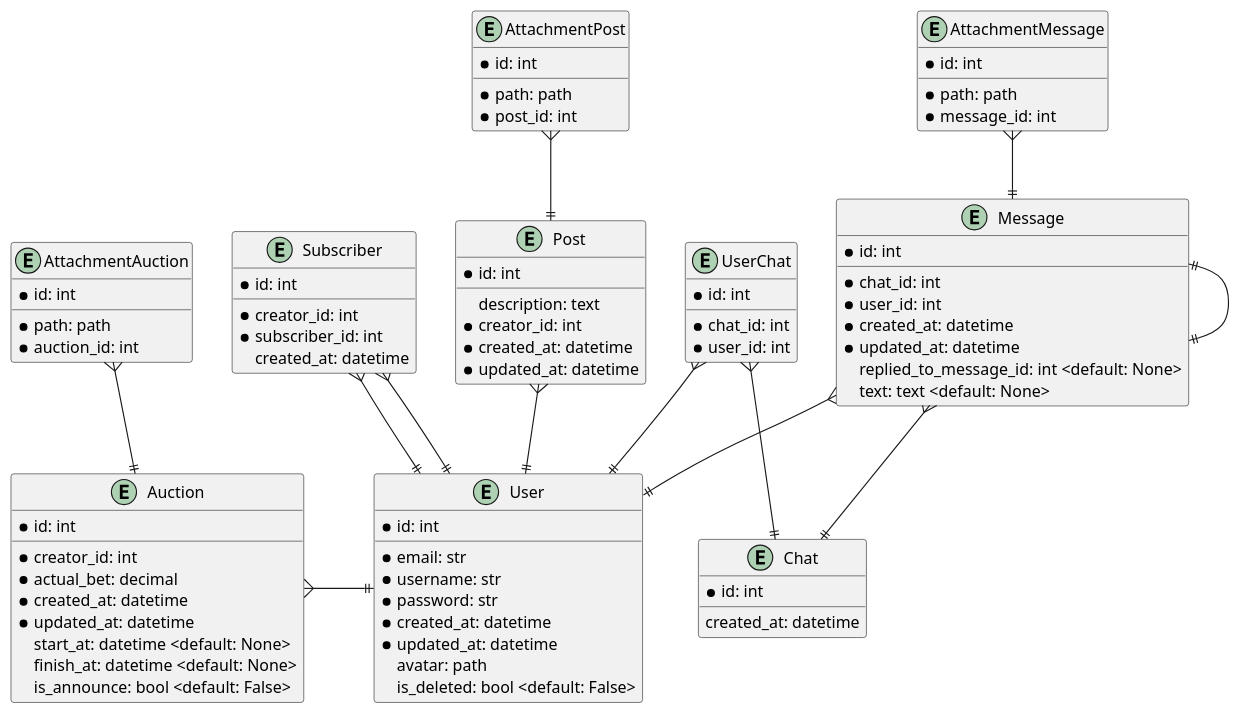
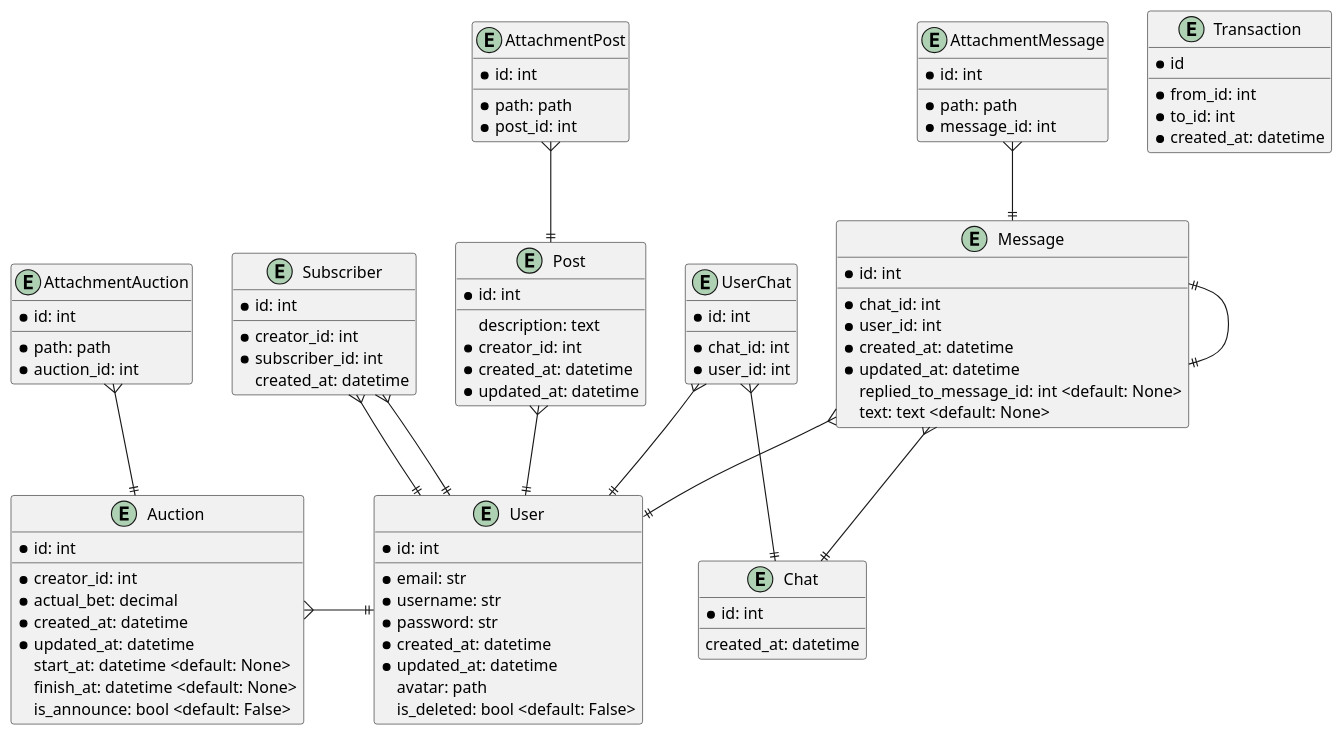
One commit to Timur-Gizatullin/WeDraw changed the diagram in docs/er_diagrams/er_diagram_v1.puml. Above: the diagram before and after it, drawn with PlantUML.

Commit message:
! update er diagram doc

```diff
--- a/docs/er_diagrams/er_diagram_v1.puml
+++ b/docs/er_diagrams/er_diagram_v1.puml
@@ -1,105 +1,113 @@
 @startuml
 entity User{
 *id: int
 __
 *email: str
 *username: str
 *password: str
 *created_at: datetime
 *updated_at: datetime
 avatar: path
 is_deleted: bool <default: False>
 }
 
 entity Post{
 *id: int
 __
 description: text
 *creator_id: int
 *created_at: datetime
 *updated_at: datetime
 }
 
 entity Chat{
 *id: int
 __
 created_at: datetime
 }
 
 entity Message{
 *id: int
 __
 *chat_id: int
 *user_id: int
 *created_at: datetime
 *updated_at: datetime
 replied_to_message_id: int <default: None>
 text: text <default: None>
 }
 
 entity AttachmentPost{
 *id: int
 __
 *path: path
 *post_id: int
 }
 
 entity AttachmentMessage{
 *id: int
 __
 *path: path
 *message_id: int
 }
 
 entity AttachmentAuction{
 *id: int
 __
 *path: path
 *auction_id: int
 }
 
 entity Subscriber{
 *id: int
 __
 *creator_id: int
 *subscriber_id: int
 created_at: datetime
 }
 
 entity Auction{
 *id: int
 __
 *creator_id: int
 *actual_bet: decimal
 *created_at: datetime
 *updated_at: datetime
 start_at: datetime <default: None>
 finish_at: datetime <default: None>
 is_announce: bool <default: False>
 }
 
 entity UserChat{
 *id: int
 __
 *chat_id: int
 *user_id: int
 }
 
+entity Transaction {
+*id
+__
+*from_id: int
+*to_id: int
+*created_at: datetime
+}
+
 Subscriber }--|| User
 Subscriber }--|| User
 
 Post }--|| User
 
 Auction }-|| User
 
 UserChat }--|| User
 UserChat }--|| Chat
 
 Message }--|| User
 Message }--|| Chat
 Message ||--|| Message
 
 AttachmentMessage }--|| Message
 AttachmentPost }--|| Post
 AttachmentAuction }--|| Auction
 @enduml
```
